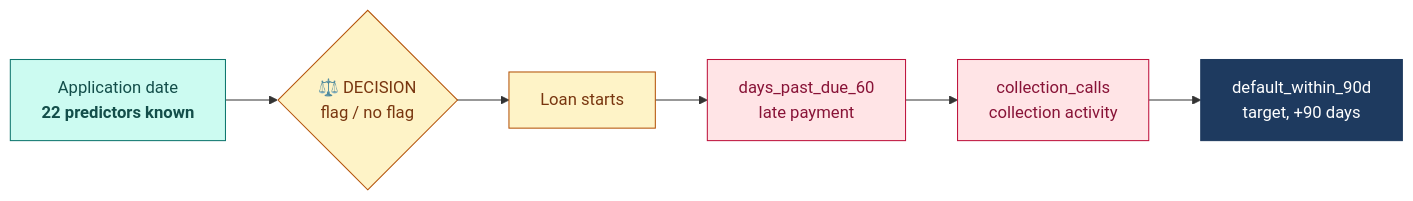
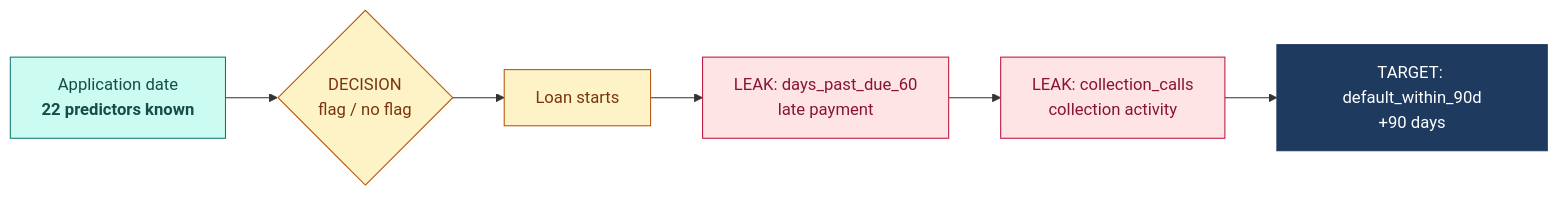
One commit to HareerFN/Hareer_Farraj_Tamweel_SDAIA_AdvancedML changed the third of 4 diagrams in README.md. Above: the diagram before and after it, drawn with Mermaid. The commit also changed other lines of this file, not shown here.

````diff
--- a/README.md
+++ b/README.md
@@ -249,17 +269,17 @@
 ```mermaid
 flowchart LR
-    A[" Application date<br/><b>22 predictors known</b>"] --> B{"⚖️ DECISION<br/>flag / no flag"}
+    A["Application date<br/><b>22 predictors known</b>"] --> B{"DECISION<br/>flag / no flag"}
     B --> C["Loan starts"]
-    C --> D[" days_past_due_60<br/>late payment"]
-    D --> E[" collection_calls<br/>collection activity"]
-    E --> F[" default_within_90d<br/>target, +90 days"]
+    C --> D["LEAK: days_past_due_60<br/>late payment"]
+    D --> E["LEAK: collection_calls<br/>collection activity"]
+    E --> F["TARGET: default_within_90d<br/>+90 days"]
 
     classDef ok fill:#CCFBF1,stroke:#0F766E,color:#134E4A
     classDef gate fill:#FEF3C7,stroke:#B45309,color:#78350F
     classDef leak fill:#FFE4E6,stroke:#BE123C,color:#881337
     classDef target fill:#1E3A5F,stroke:#1E3A5F,color:#fff
     class A ok
     class B,C gate
     class D,E leak
     class F target
 ```
````
